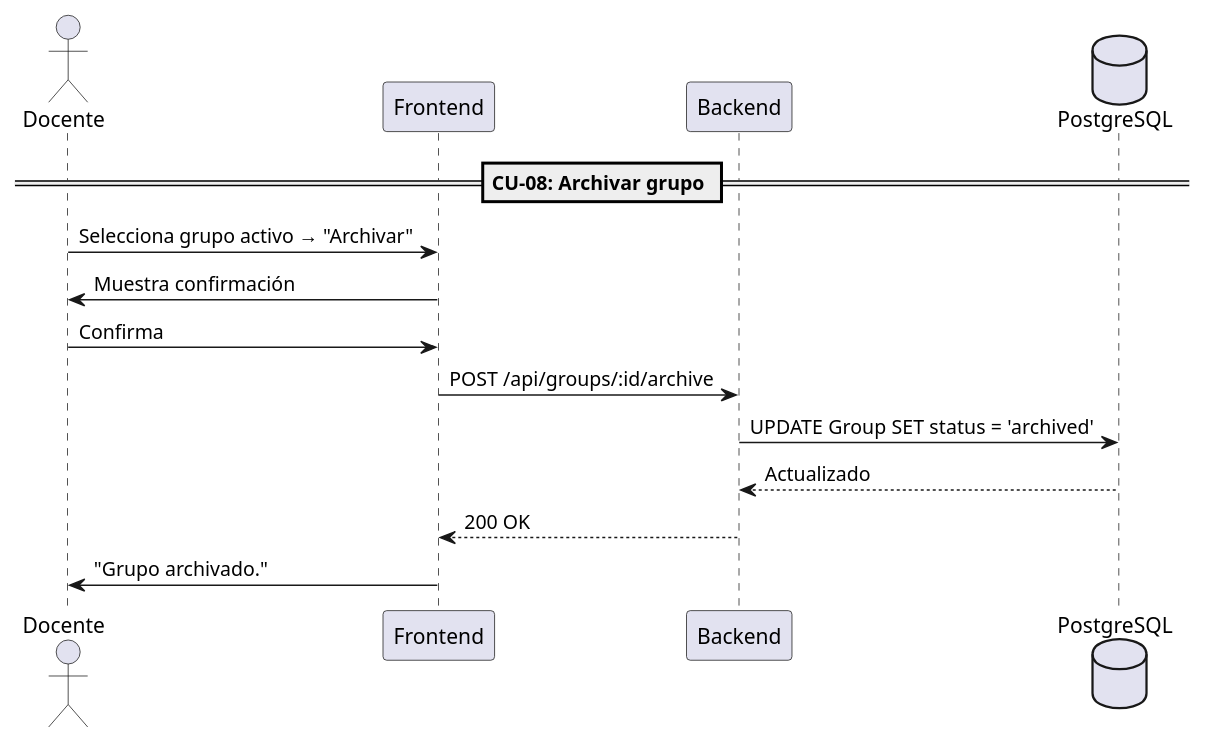
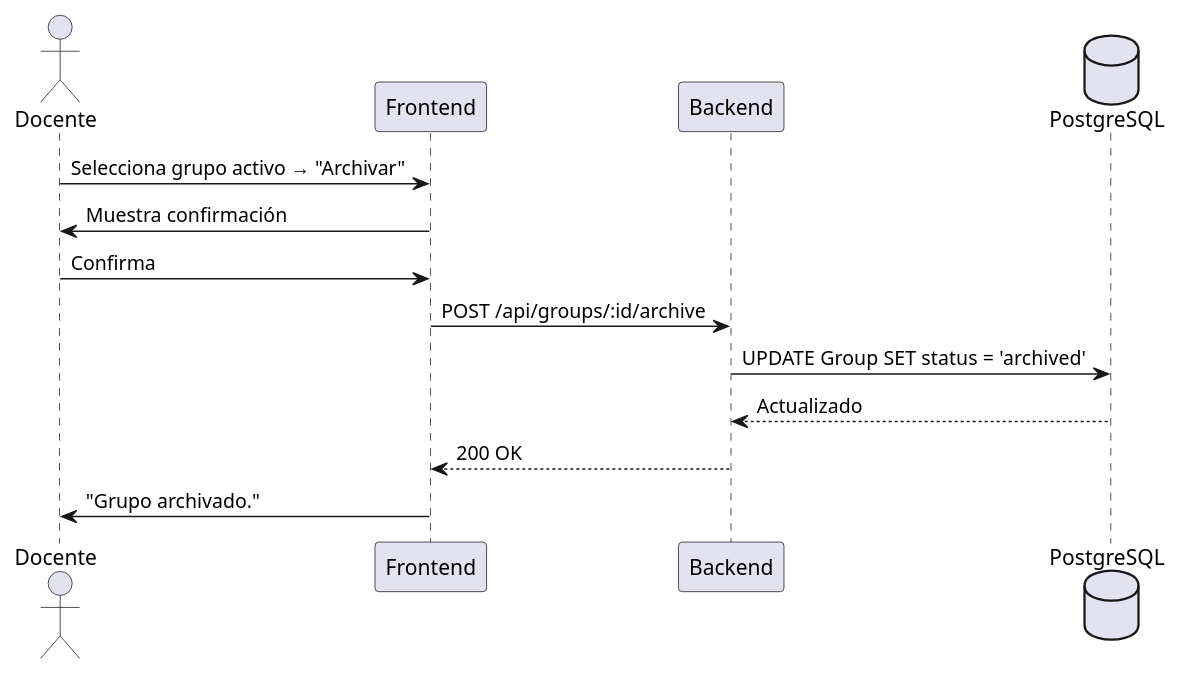
Before and after one commit to LinuxLab-UFPS/LinuxLab: diagram 16 of 52 in docs/annexes/cu-especificacion.md, drawn with PlantUML. The commit also changed other lines of this file and 1 other file, not shown here.

````diff
--- a/docs/annexes/cu-especificacion.md
+++ b/docs/annexes/cu-especificacion.md
@@ -592,22 +747,20 @@
 ```plantuml
 @startuml
 actor Docente as D
 participant "Frontend" as FE
 participant "Backend" as BE
 database "PostgreSQL" as DB
-
-== CU-08: Archivar grupo ==
 
 D -> FE : Selecciona grupo activo → "Archivar"
 FE -> D : Muestra confirmación
 
 D -> FE : Confirma
 FE -> BE : POST /api/groups/:id/archive
 
 BE -> DB : UPDATE Group SET status = 'archived'
 DB --> BE : Actualizado
 BE --> FE : 200 OK
 FE -> D : "Grupo archivado."
 
 @enduml
 ```
````
